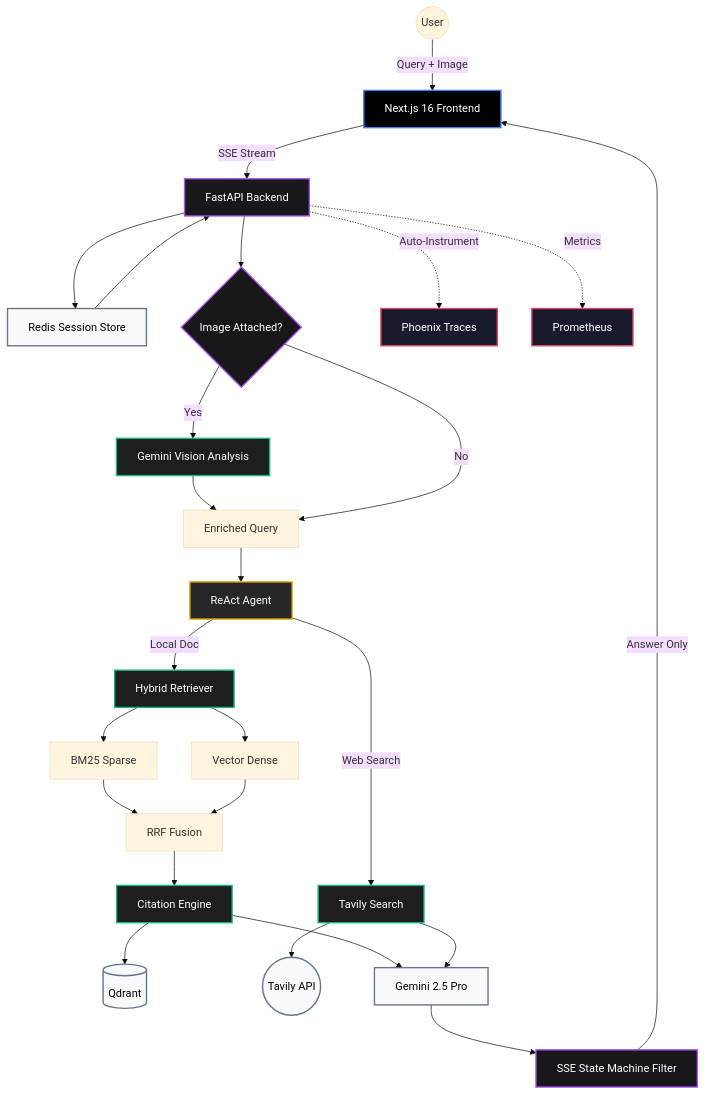
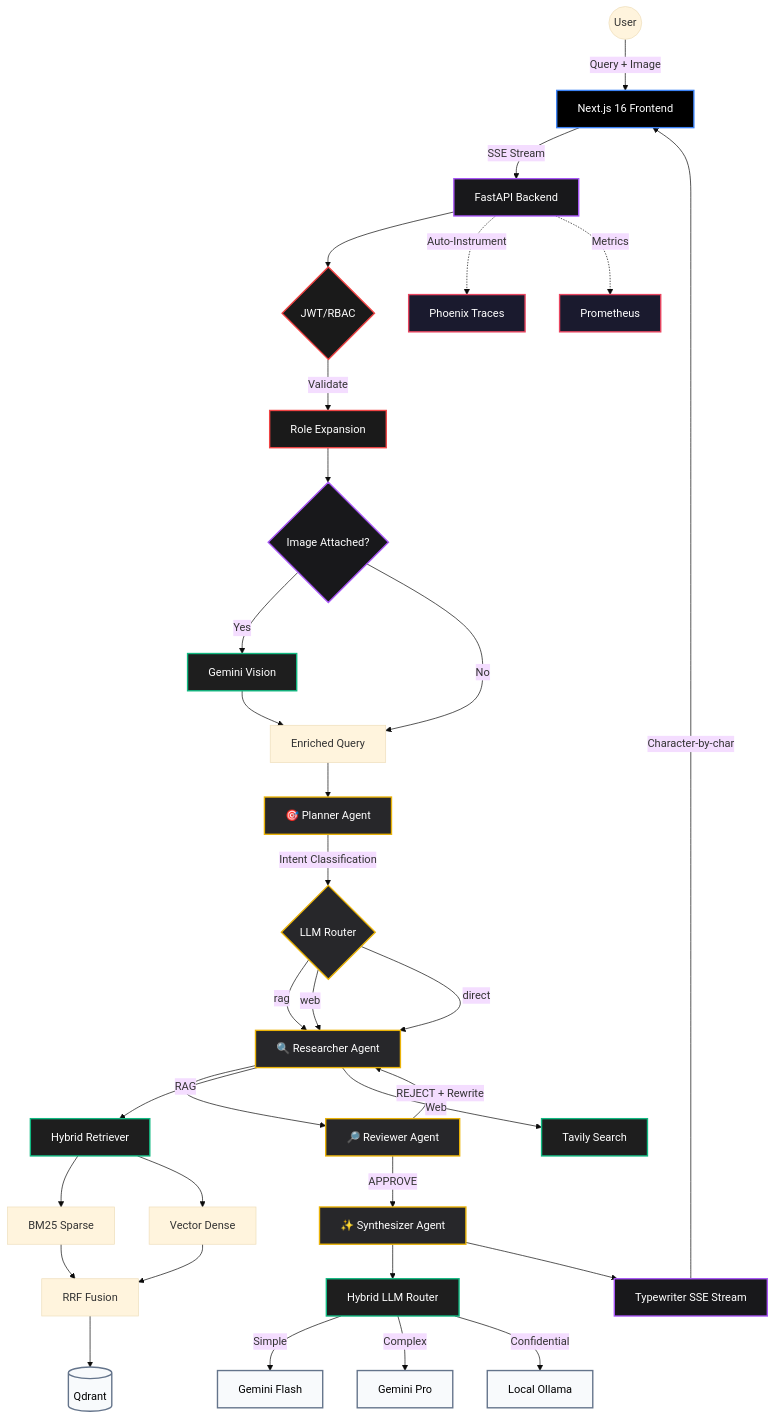
The diagram in README.md (hypoxic127/enterprise-rag-agent), drawn with Mermaid (base theme) before and after one commit. The commit also changed other lines of this file and 36 other files, not shown here.

````diff
--- a/README.md
+++ b/README.md
@@ -45,37 +69,49 @@
 ```mermaid
 graph TD
     classDef frontend fill:#000000,stroke:#3b82f6,stroke-width:2px,color:#fff
     classDef backend fill:#18181b,stroke:#a855f7,stroke-width:2px,color:#fff
     classDef agent fill:#27272a,stroke:#eab308,stroke-width:2px,color:#fff
     classDef tool fill:#1e1e1e,stroke:#10b981,stroke-width:2px,color:#fff
     classDef storage fill:#f8fafc,stroke:#64748b,stroke-width:2px,color:#000
     classDef observe fill:#1a1a2e,stroke:#e94560,stroke-width:2px,color:#fff
+    classDef security fill:#1a1a1a,stroke:#ef4444,stroke-width:2px,color:#fff
 
     User((User)) -->|Query + Image| UI[Next.js 16 Frontend]
     UI:::frontend -- SSE Stream --> FastAPI[FastAPI Backend]
-    FastAPI:::backend --> Memory[Redis Session Store]
-    Memory:::storage --> FastAPI
-    FastAPI --> Vision{Image Attached?}
-    Vision:::backend -->|Yes| GeminiVision[Gemini Vision Analysis]
+    FastAPI:::backend --> Auth{JWT/RBAC}
+    Auth:::security -->|Validate| Roles[Role Expansion]
+    Roles:::security --> Vision{Image Attached?}
+    Vision:::backend -->|Yes| GeminiVision[Gemini Vision]
     GeminiVision:::tool --> Enriched[Enriched Query]
     Vision -->|No| Enriched
-    Enriched --> Router[ReAct Agent]
-    Router:::agent -->|Local Doc| Hybrid[Hybrid Retriever]
+
+    Enriched --> Planner[🎯 Planner Agent]
+    Planner:::agent -->|Intent Classification| Router{LLM Router}
+    Router:::agent -->|rag| Researcher[🔍 Researcher Agent]
+    Router -->|web| Researcher
+    Router -->|direct| Researcher
+
+    Researcher:::agent --> Reviewer[🔎 Reviewer Agent]
+    Reviewer:::agent -->|APPROVE| Synthesizer[✨ Synthesizer Agent]
+    Reviewer -->|REJECT + Rewrite| Researcher
+
+    Researcher -->|RAG| Hybrid[Hybrid Retriever]
     Hybrid:::tool --> BM25[BM25 Sparse]
     Hybrid --> Vector[Vector Dense]
     BM25 --> RRF[RRF Fusion]
     Vector --> RRF
-    RRF --> Citation[Citation Engine]
-    Citation:::tool --> Qdrant[(Qdrant)]:::storage
+    RRF --> Qdrant[(Qdrant)]:::storage
 
-    Router -->|Web Search| Tavily[Tavily Search]:::tool
-    Tavily --> TavilyAPI((Tavily API)):::storage
+    Researcher -->|Web| Tavily[Tavily Search]:::tool
 
-    Citation --> LLM[Gemini 2.5 Pro]:::storage
-    Tavily --> LLM
-    LLM --> SSE[SSE State Machine Filter]
-    SSE:::backend -->|Answer Only| UI
+    Synthesizer:::agent --> LLMRouter[Hybrid LLM Router]
+    LLMRouter:::tool -->|Simple| Flash[Gemini Flash]:::storage
+    LLMRouter -->|Complex| Pro[Gemini Pro]:::storage
+    LLMRouter -->|Confidential| Ollama[Local Ollama]:::storage
+
+    Synthesizer --> SSE[Typewriter SSE Stream]
+    SSE:::backend -->|Character-by-char| UI
 
     FastAPI -.->|Auto-Instrument| Phoenix[Phoenix Traces]:::observe
     FastAPI -.->|Metrics| Prometheus[Prometheus]:::observe
 ```
````
